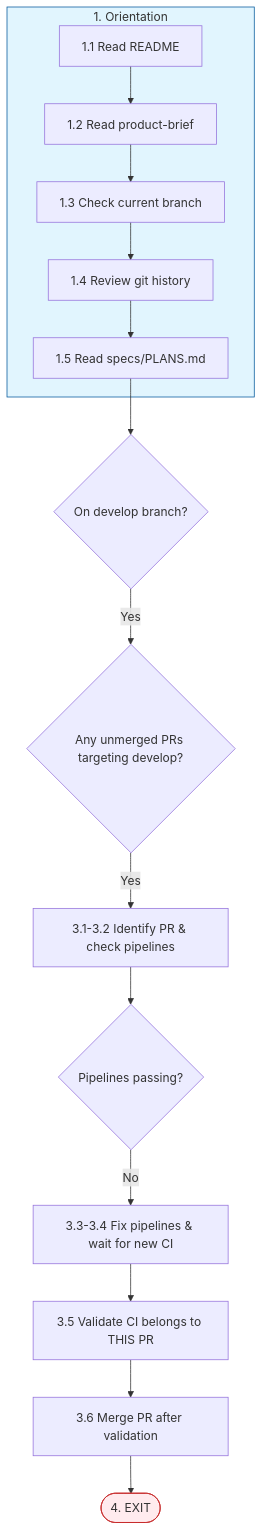
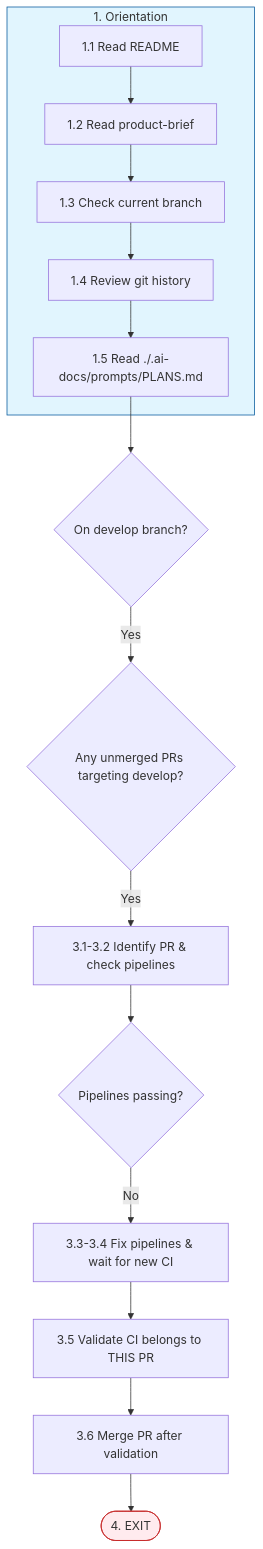
One commit to htxryan/ralph-tui changed the diagram in .ralph/workflows/03-pr-pipeline-fix.md. Above: the diagram before and after it, drawn with Mermaid. The commit also changed other lines of this file and 22 other files, not shown here.

````diff
--- a/.ralph/workflows/03-pr-pipeline-fix.md
+++ b/.ralph/workflows/03-pr-pipeline-fix.md
@@ -9,23 +9,23 @@
 ```mermaid
 flowchart TD
     subgraph orientation[1. Orientation]
         A1[1.1 Read README]
         A2[1.2 Read product-brief]
         A3[1.3 Check current branch]
         A4[1.4 Review git history]
-        A5[1.5 Read specs/PLANS.md]
+        A5[1.5 Read ./.ai-docs/prompts/PLANS.md]
         A1 --> A2 --> A3 --> A4 --> A5
     end
 
     A5 --> B{On develop branch?}
     B -->|Yes| D1{Any unmerged PRs targeting develop?}
     D1 -->|Yes| D2[3.1-3.2 Identify PR & check pipelines]
     D2 --> D3{Pipelines passing?}
     D3 -->|No| D4[3.3-3.4 Fix pipelines & wait for new CI]
     D4 --> D5[3.5 Validate CI belongs to THIS PR]
     D5 --> D6[3.6 Merge PR after validation]
     D6 --> FINISH([4. EXIT])
 
     style orientation fill:#e1f5fe,stroke:#01579b
     style FINISH fill:#ffebee,stroke:#c62828
 ```
````
